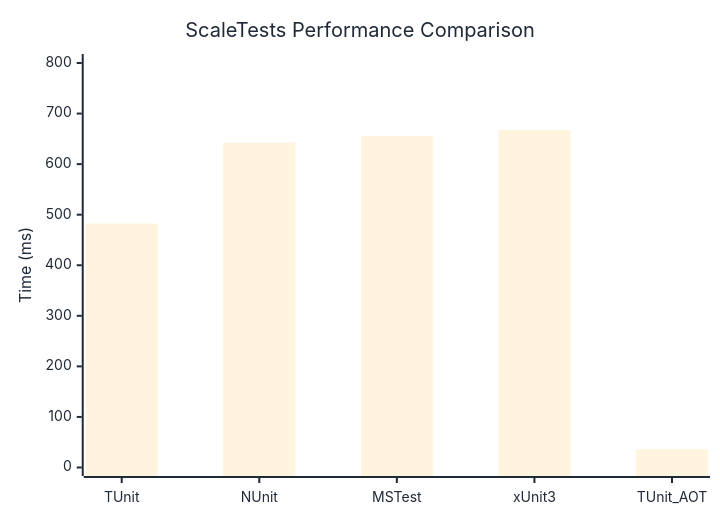
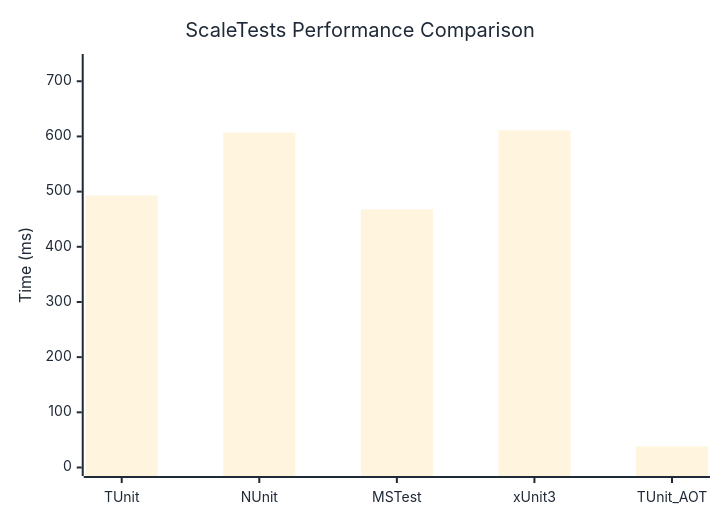
Before and after one commit to thomhurst/TUnit: the diagram in docs/docs/benchmarks/ScaleTests.md, drawn with Mermaid. The commit also changed other lines of this file and 17 other files, not shown here.

````diff
--- a/docs/docs/benchmarks/ScaleTests.md
+++ b/docs/docs/benchmarks/ScaleTests.md
@@ -27,37 +27,37 @@
 ```mermaid
 %%{init: {
   'theme':'base',
   'themeVariables': {
     'primaryColor': '#2563eb',
     'primaryTextColor': '#1f2937',
     'primaryBorderColor': '#1e40af',
     'lineColor': '#6b7280',
     'secondaryColor': '#7c3aed',
     'tertiaryColor': '#dc2626',
     'background': '#ffffff',
     'mainBkg': '#2563eb',
     'secondBkg': '#7c3aed',
     'tertiaryBkg': '#dc2626',
     'clusterBkg': '#f3f4f6',
     'edgeLabelBackground': '#ffffff',
     'tertiaryTextColor': '#1f2937',
     'pie1': '#2563eb',
     'pie2': '#7c3aed',
     'pie3': '#dc2626',
     'pie4': '#f59e0b',
     'pie5': '#10b981',
     'pie6': '#06b6d4',
     'pie7': '#ec4899',
     'pie8': '#6366f1',
     'pie9': '#84cc16',
     'pie10': '#f97316',
     'pie11': '#14b8a6',
     'pie12': '#a855f7'
   }
 }}%%
 xychart-beta
   title "ScaleTests Performance Comparison"
   x-axis ["TUnit", "NUnit", "MSTest", "xUnit3", "TUnit_AOT"]
-  y-axis "Time (ms)" 0 --> 801
-  bar [482.39, 642.62, 655.47, 667.1, 35.79]
+  y-axis "Time (ms)" 0 --> 734
+  bar [492.87, 606.95, 467.93, 611.18, 38.13]
 ```
````
